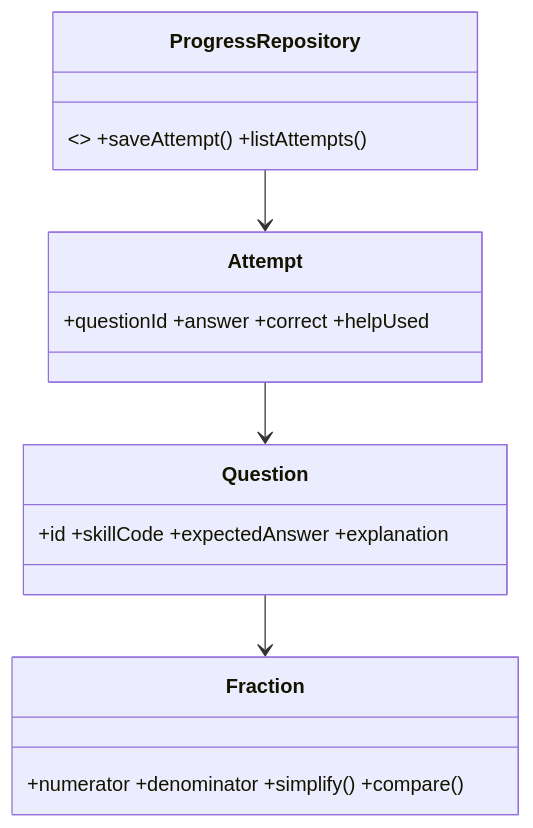
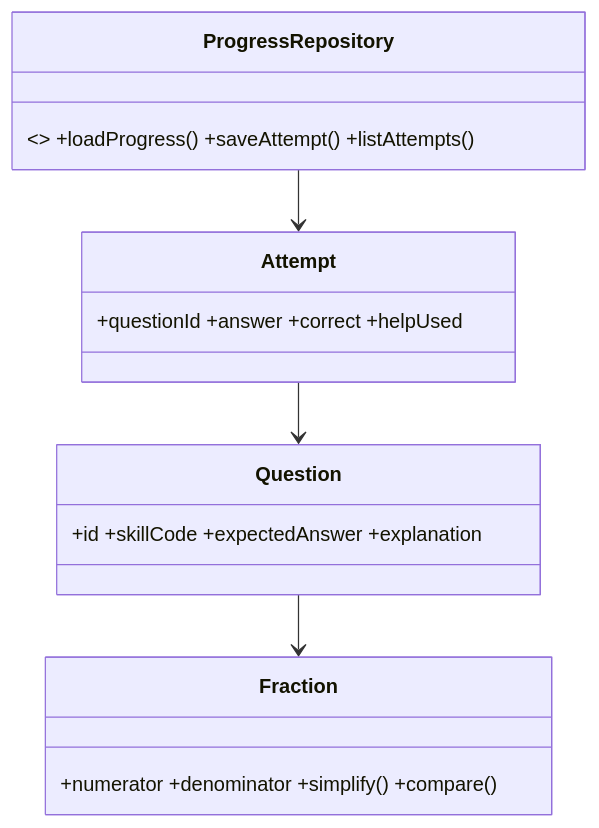
Before and after one commit to pizzaria-das-fracoes/trabalho-final-pdm-ihc: the diagram in docs/engenharia/modelo-dominio.md, drawn with Mermaid. The commit also changed other lines of this file and 1 other file, not shown here.

````diff
--- a/docs/engenharia/modelo-dominio.md
+++ b/docs/engenharia/modelo-dominio.md
@@ -73,10 +71,10 @@
 ```mermaid
 classDiagram
  class Fraction { +numerator +denominator +simplify() +compare() }
  class Question { +id +skillCode +expectedAnswer +explanation }
  class Attempt { +questionId +answer +correct +helpUsed }
- class ProgressRepository { <<interface>> +saveAttempt() +listAttempts() }
+ class ProgressRepository { <<interface>> +loadProgress() +saveAttempt() +listAttempts() }
  Question --> Fraction
  Attempt --> Question
  ProgressRepository --> Attempt
 ```
````
